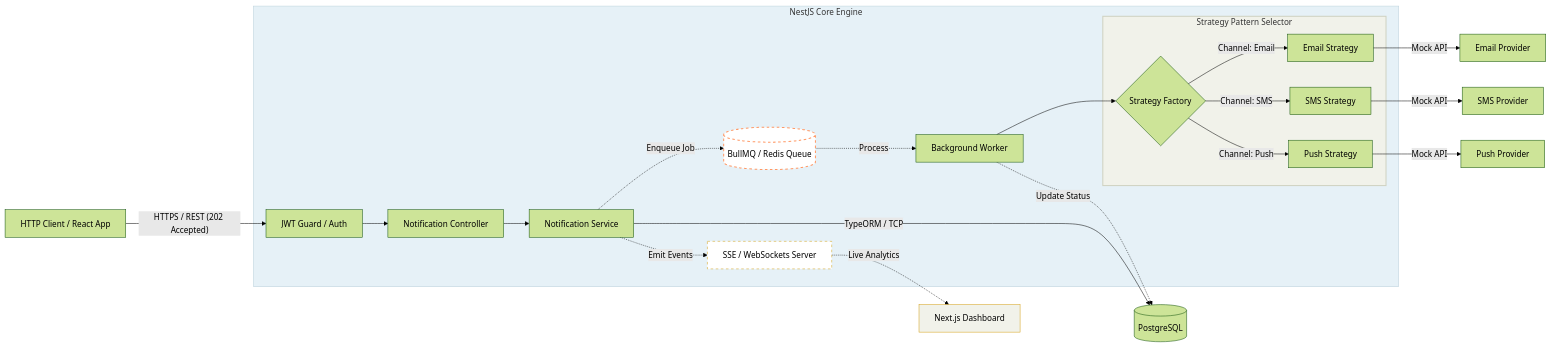
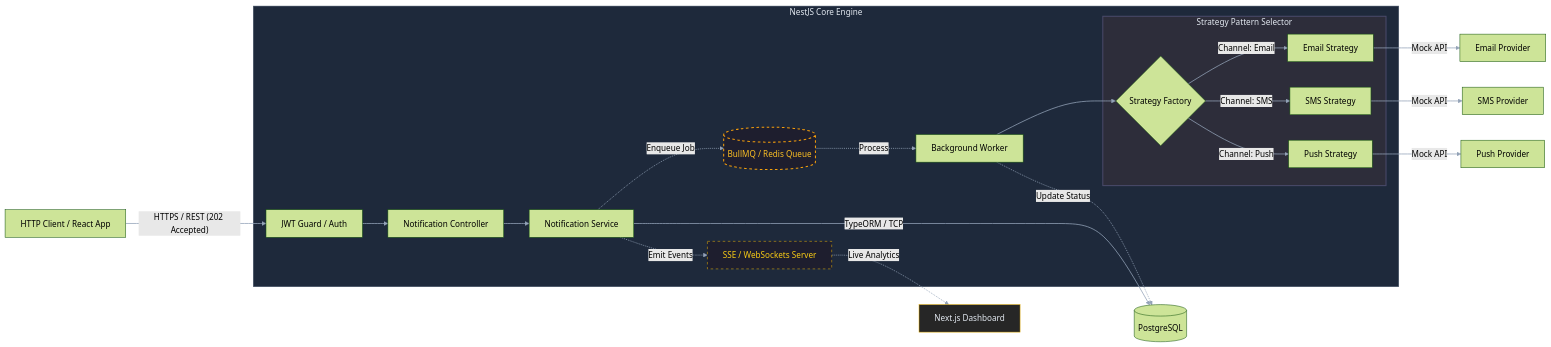
Before and after one commit to andrescasa-dev/concurrent-notification-hub: the second of 2 diagrams in ARCHITECTURE.md, drawn with Mermaid (forest theme). The commit also changed other lines of this file and 9 other files, not shown here.

Commit message:
chore: refine Docker Compose configurations for development and testing, enhance architecture documentation with updated phase diagrams, and streamline .dockerignore by removing unnecessary test files

````diff
--- a/ARCHITECTURE.md
+++ b/ARCHITECTURE.md
@@ -35,54 +41,59 @@
 ```mermaid
 flowchart LR
     %% Clientes y Entrada
     Client["HTTP Client / React App"] -- "HTTPS / REST (202 Accepted)" --> Auth
 
     subgraph NestJS_Core_Engine["NestJS Core Engine"]
         Auth["JWT Guard / Auth"] --> Controller["Notification Controller"]
         Controller --> Service["Notification Service"]
 
         %% Fase 2: Desacoplamiento y Real-Time
         Queue[("BullMQ / Redis Queue")]
         Worker["Background Worker"]
         StreamServer["SSE / WebSockets Server"]
 
         subgraph Strategy_Pattern["Strategy Pattern Selector"]
             Strategy{"Strategy Factory"}
             Email["Email Strategy"]
             SMS["SMS Strategy"]
             Push["Push Strategy"]
         end
 
         %% Flujo de Proceso Asíncrono
         Service -.->|Enqueue Job| Queue
         Queue -.->|Process| Worker
         Worker --> Strategy
 
         %% Flujo de Real-Time
         Service -.->|Emit Events| StreamServer
     end
 
     %% Relaciones de la Estrategia
-    Strategy -- Channel: Email --> Email
-    Strategy -- Channel: SMS --> SMS
-    Strategy -- Channel: Push --> Push
+    Strategy -- "Channel: Email" --> Email
+    Strategy -- "Channel: SMS" --> SMS
+    Strategy -- "Channel: Push" --> Push
 
     %% Persistencia y Terceros
-    Service -- TypeORM / TCP --> DB[("PostgreSQL")]
+    Service -- "TypeORM / TCP" --> DB[("PostgreSQL")]
     Worker -.->|Update Status| DB
     Email -- Mock API --> Provider1["Email Provider"]
     SMS -- Mock API --> Provider2["SMS Provider"]
     Push -- Mock API --> Provider3["Push Provider"]
 
     %% Monitoreo en Tiempo Real (Fase 2)
     StreamServer -.->|Live Analytics| Dashboard["Next.js Dashboard"]
 
-    %% Estilos solicitados por el usuario
-    style Strategy_Pattern fill:#f1f2ea,stroke:#cfd2c1,stroke-width:2px
-    style NestJS_Core_Engine fill:#e6f1f7,stroke:#bcd1db,stroke-width:1px
+    %% Estilos optimizados para modo oscuro
 
-    %% Estilos adicionales para resaltar componentes de Fase 2
-    style Queue fill:#fff,stroke:#f96,stroke-width:2px,stroke-dasharray: 5 5
-    style StreamServer fill:#fff,stroke:#d4a017,stroke-dasharray: 5 5
-    style Dashboard fill:#f1f2ea,stroke:#d4a017,stroke-width:1pxc
+    %% Contenedores principales
+    style NestJS_Core_Engine fill:#1e293b,stroke:#475569,stroke-width:1px,color:#e2e8f0
+    style Strategy_Pattern fill:#2d2d3a,stroke:#4a4a6a,stroke-width:2px,color:#e2e8f0
+
+    %% Componentes Fase 2 (Dashed/Alert)
+    style Queue fill:#1e1e2e,stroke:#f59e0b,stroke-width:2px,stroke-dasharray: 5 5,color:#fbbf24
+    style StreamServer fill:#1e1e2e,stroke:#eab308,stroke-dasharray: 5 5,color:#facc15
+    style Dashboard fill:#262626,stroke:#eab308,stroke-width:1px,color:#e2e8f0
+
+    %% Estilos de enlaces para contraste
+    linkStyle default stroke:#94a3b8,stroke-width:1.5px
 ```
````
